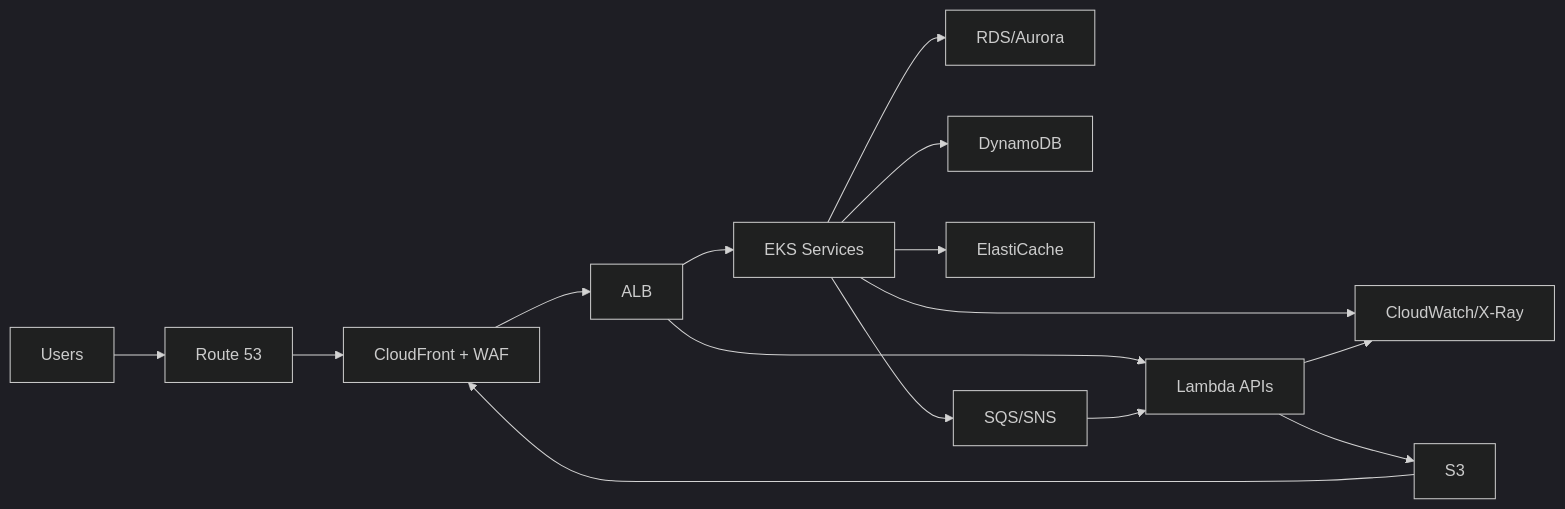
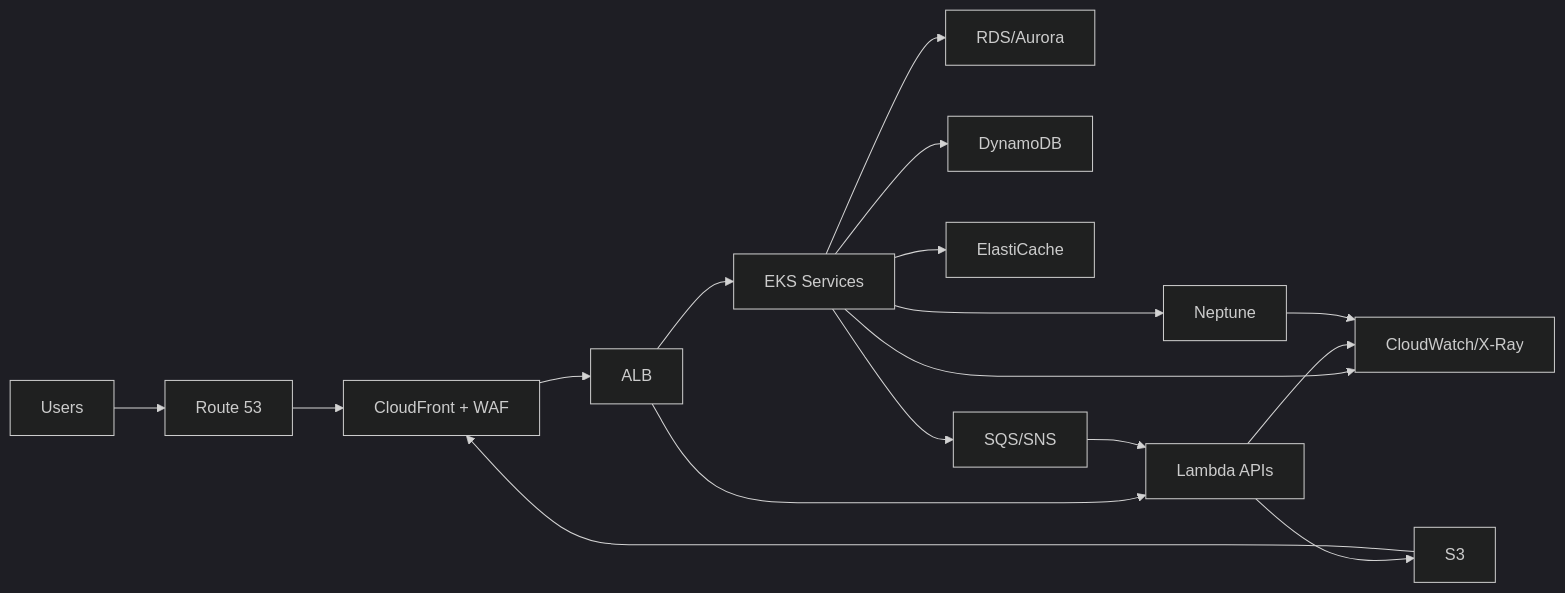
One commit to deepakraog/deepakraog changed the diagram in ARCHITECTURE_MIGRATION.md. Above: the diagram before and after it, drawn with Mermaid (dark theme). The commit also changed other lines of this file, not shown here.

Commit message:
Add Neptune vs Cosmos analysis and graph requirements

````diff
--- a/ARCHITECTURE_MIGRATION.md
+++ b/ARCHITECTURE_MIGRATION.md
@@ -51,17 +67,19 @@
 ```mermaid
 flowchart LR
   U[Users] --> R53[Route 53]
   R53 --> CF[CloudFront + WAF]
   CF --> ALB[ALB]
   ALB --> EKS[EKS Services]
   ALB --> LAMBDA[Lambda APIs]
   EKS --> RDS[RDS/Aurora]
   EKS --> DDB[DynamoDB]
+  EKS --> NEP[Neptune]
   EKS --> REDIS[ElastiCache]
   EKS --> SQS[SQS/SNS]
   SQS --> LAMBDA
   LAMBDA --> S3[S3]
   S3 --> CF
   EKS --> CW[CloudWatch/X-Ray]
   LAMBDA --> CW
+  NEP --> CW
 ```
````
